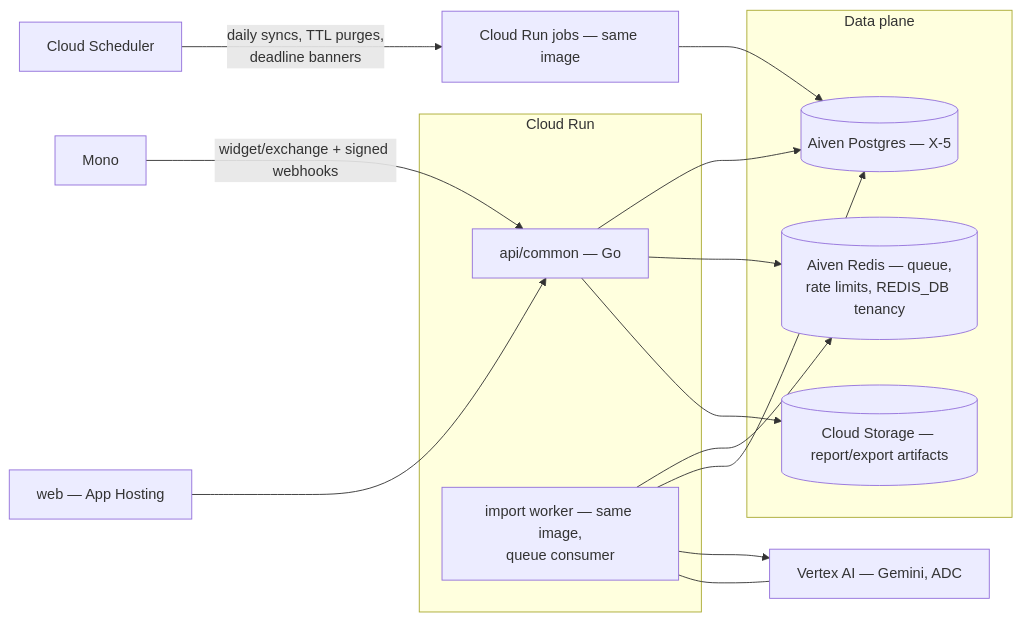
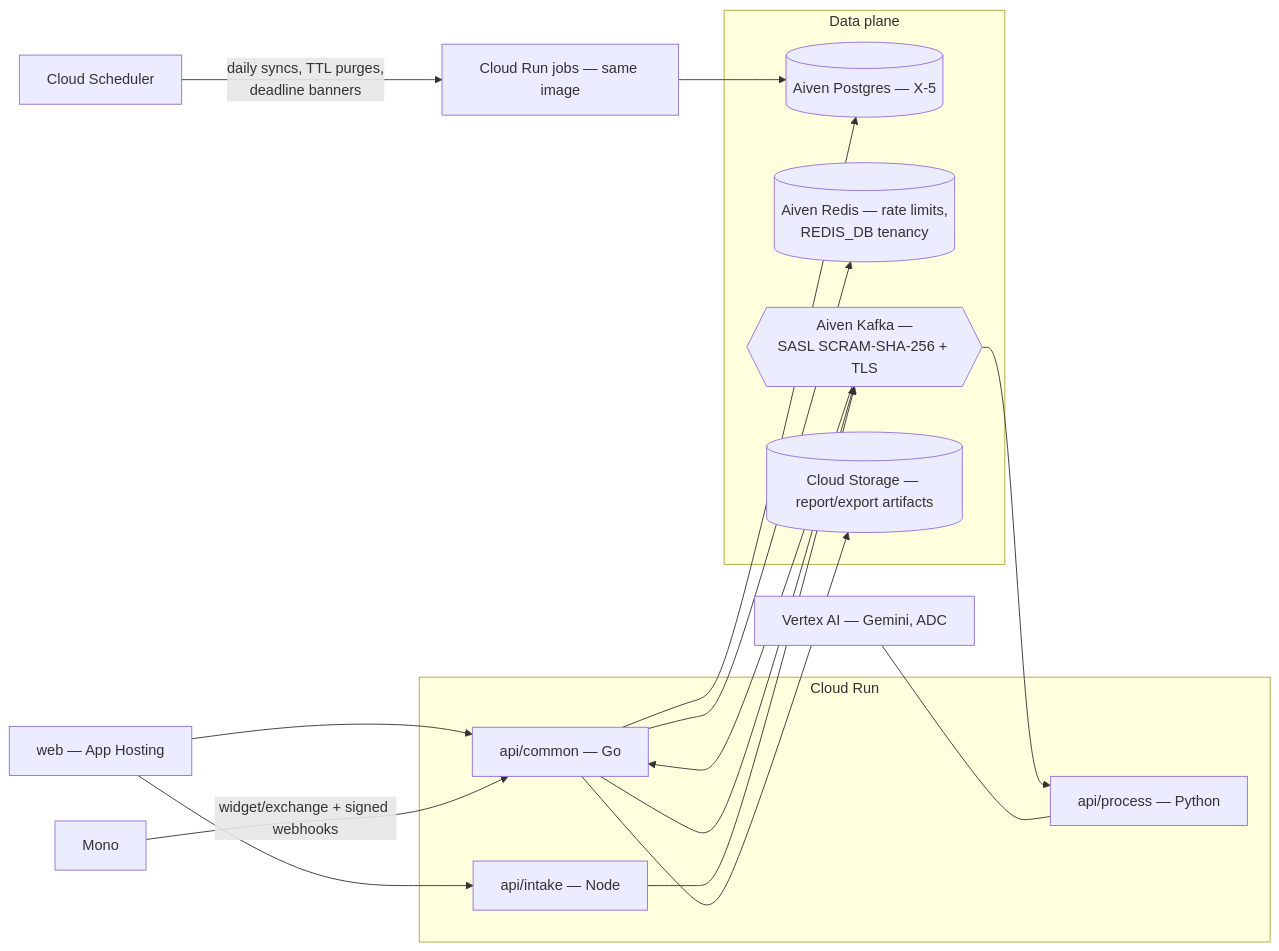
Before and after one commit to cuesoftinc/expendit: the seventh of 7 diagrams in docs/architecture.md, drawn with Mermaid. The commit also changed other lines of this file and 68 other files, not shown here.

````diff
--- a/docs/architecture.md
+++ b/docs/architecture.md
@@ -223,23 +312,27 @@
 ```mermaid
 flowchart LR
     subgraph Cloud Run
         API[api/common — Go]
-        WK[import worker — same image,<br/>queue consumer]
+        INTAKE[api/intake — Node]
+        PROC[api/process — Python]
     end
     subgraph Data plane
         PG[(Aiven Postgres — X-5)]
-        RD[(Aiven Redis — queue,<br/>rate limits, REDIS_DB tenancy)]
+        RD[(Aiven Redis — rate limits,<br/>REDIS_DB tenancy)]
+        KFK{{Aiven Kafka —<br/>SASL SCRAM-SHA-256 + TLS}}
         CS[(Cloud Storage — report/export artifacts)]
     end
     MONO[Mono] -->|widget/exchange + signed webhooks| API
-    VX[Vertex AI — Gemini, ADC] --- WK
+    VX[Vertex AI — Gemini, ADC] --- PROC
     WEB[web — App Hosting] --> API
+    WEB --> INTAKE
+    INTAKE --> KFK
+    KFK --> API
+    API --> KFK
+    KFK --> PROC
     API --> PG
     API --> RD
-    WK --> RD
-    WK --> PG
-    WK --> VX
     API --> CS
     SCHED[Cloud Scheduler] -->|daily syncs, TTL purges,<br/>deadline banners| JOBS[Cloud Run jobs — same image]
     JOBS --> PG
 ```
````
